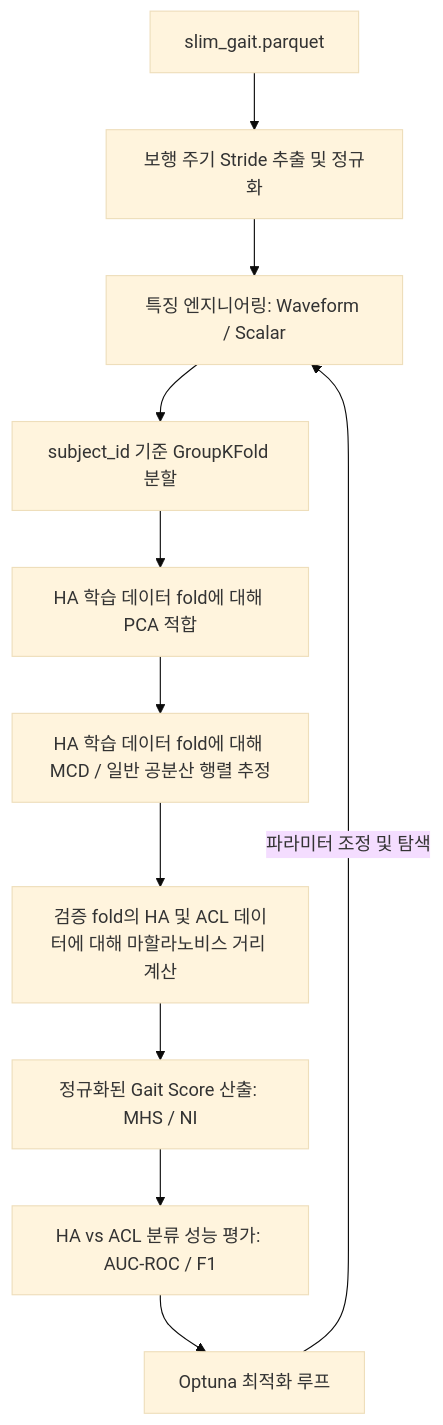
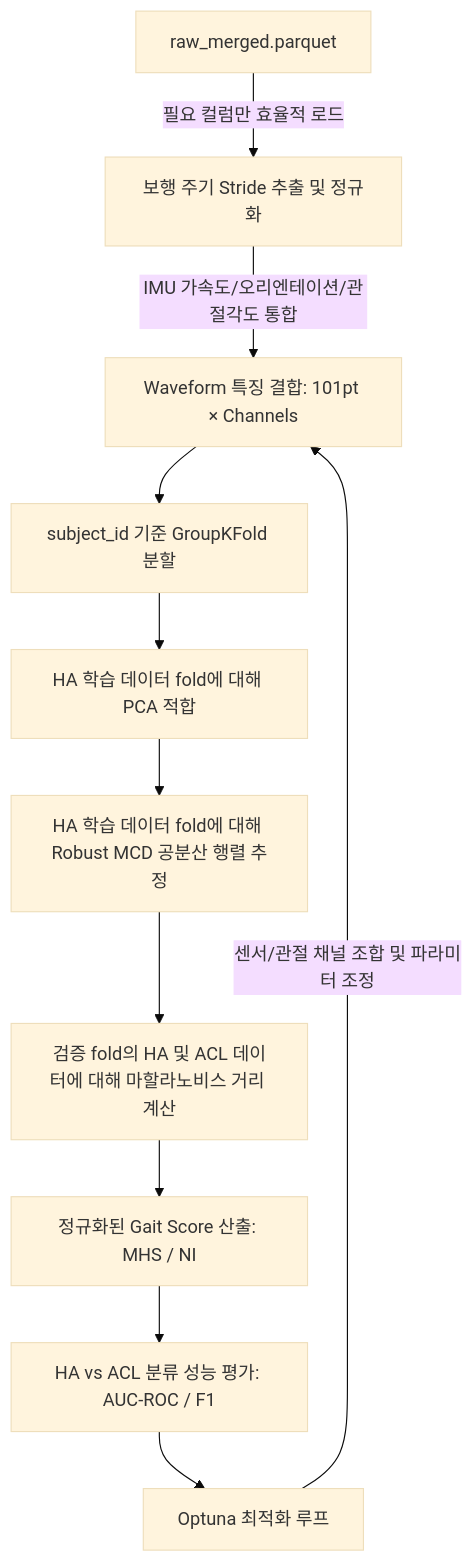
The diagram in 0702_Mahalanobis/01_plan.md (ryutt919/Knee-Assessment-from-Gait), drawn with Mermaid (base theme) before and after one commit. The commit also changed other lines of this file, not shown here.

Commit message:
feat: raw_merged IMU 센서 데이터와 관절 각도를 통합하여 마할라노비스 거리 분석을 수행하도록 기획서 개정

````diff
--- a/0702_Mahalanobis/01_plan.md
+++ b/0702_Mahalanobis/01_plan.md
@@ -26,13 +26,13 @@
 ```mermaid
 graph TD
-    A[slim_gait.parquet] --> B[보행 주기 Stride 추출 및 정규화]
-    B --> C[특징 엔지니어링: Waveform / Scalar]
+    A[raw_merged.parquet] -->|필요 컬럼만 효율적 로드| B[보행 주기 Stride 추출 및 정규화]
+    B -->|IMU 가속도/오리엔테이션/관절각도 통합| C[Waveform 특징 결합: 101pt × Channels]
     C --> D[subject_id 기준 GroupKFold 분할]
     D --> E[HA 학습 데이터 fold에 대해 PCA 적합]
-    E --> F[HA 학습 데이터 fold에 대해 MCD / 일반 공분산 행렬 추정]
+    E --> F[HA 학습 데이터 fold에 대해 Robust MCD 공분산 행렬 추정]
     F --> G[검증 fold의 HA 및 ACL 데이터에 대해 마할라노비스 거리 계산]
     G --> H[정규화된 Gait Score 산출: MHS / NI]
     H --> I[HA vs ACL 분류 성능 평가: AUC-ROC / F1]
     I --> J[Optuna 최적화 루프]
-    J -->|파라미터 조정 및 탐색| C
+    J -->|센서/관절 채널 조합 및 파라미터 조정| C
 ```
````
